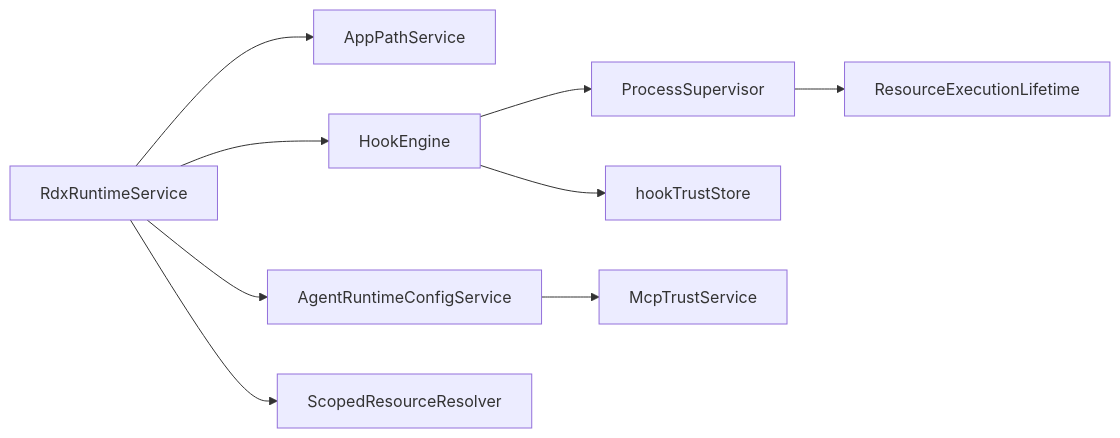
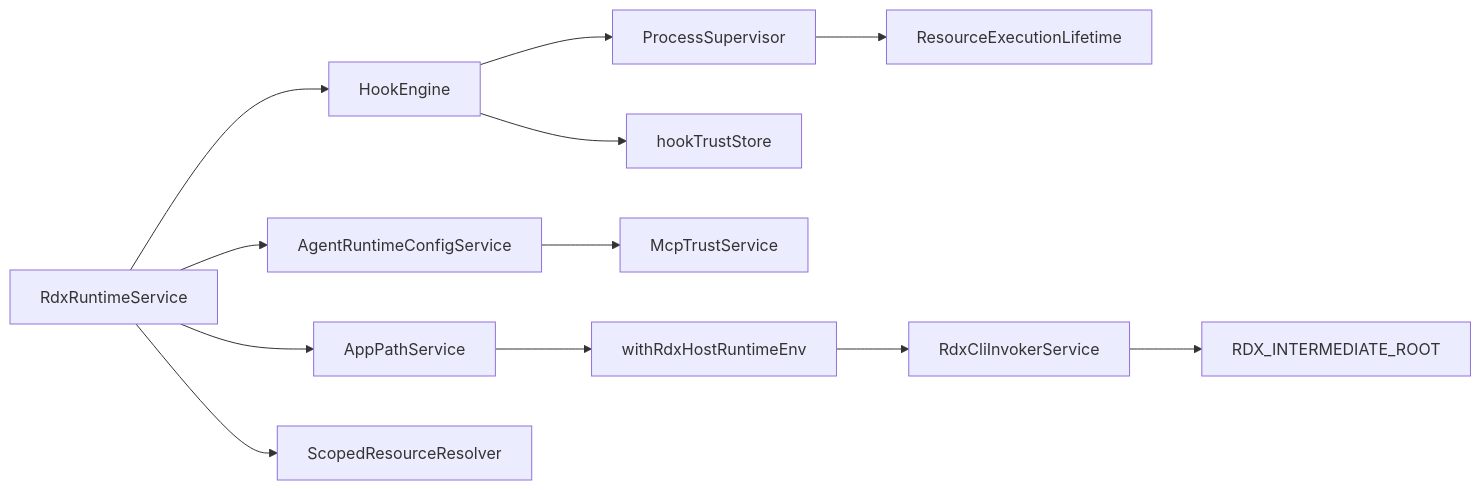
Before and after one commit to haolange/RDC-Agent: the ninth of 9 diagrams in .qoder/repowiki/zh/content/用户界面/设置面板/运行时设置.md, drawn with Mermaid. The commit also changed other lines of this file and 28 other files, not shown here.

````diff
--- a/.qoder/repowiki/zh/content/用户界面/设置面板/运行时设置.md
+++ b/.qoder/repowiki/zh/content/用户界面/设置面板/运行时设置.md
@@ -319,11 +392,14 @@
 ```mermaid
 graph LR
 R["RdxRuntimeService"] --> P["AppPathService"]
 R --> H["HookEngine"]
 R --> C["AgentRuntimeConfigService"]
 R --> S["ScopedResourceResolver"]
 H --> PS["ProcessSupervisor"]
 H --> TS["hookTrustStore"]
 C --> MT["McpTrustService"]
 PS --> RL["ResourceExecutionLifetime"]
+P --> W["withRdxHostRuntimeEnv"]
+W --> RC["RdxCliInvokerService"]
+RC --> ENV["RDX_INTERMEDIATE_ROOT"]
 ```
````
